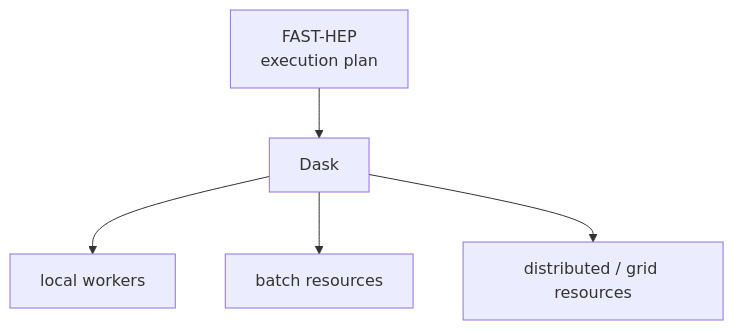
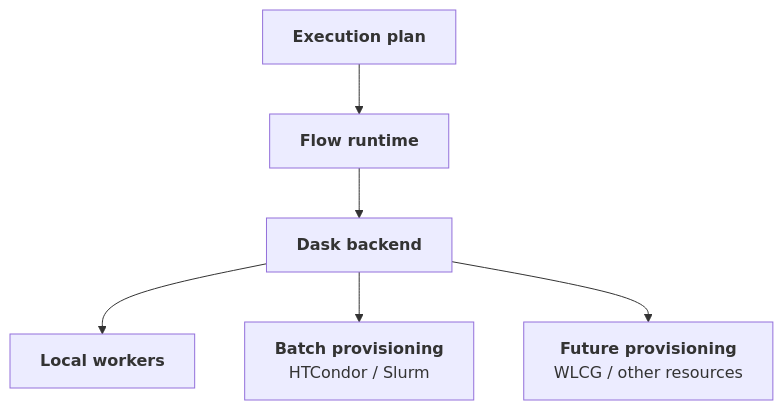
The second of 2 diagrams in content/concepts/execution-environments.md (FAST-HEP/fast-hep.github.io), drawn with Mermaid before and after one commit. The commit also changed other lines of this file and 6 other files, not shown here.

````diff
--- a/content/concepts/execution-environments.md
+++ b/content/concepts/execution-environments.md
@@ -49,13 +61,15 @@
 ```mermaid
 flowchart TD
-    Plan["FAST-HEP<br/>execution plan"]
-    Dask["Dask"]
-    Local["local workers"]
-    Batch["batch resources"]
-    Grid["distributed / grid resources"]
+    Plan["<b>Execution plan</b>"]:::plan
+    Runtime["<b>Flow runtime</b>"]:::runtime
+    Dask["<b>Dask backend</b>"]:::runtime
 
-    Plan --> Dask
+    Local["<b>Local workers</b>"]:::capability
+    Batch["<b>Batch provisioning</b><br/>HTCondor / Slurm"]:::capability
+    Future["<b>Future provisioning</b><br/>WLCG / other resources"]:::capability
+
+    Plan --> Runtime --> Dask
     Dask --> Local
     Dask --> Batch
-    Dask --> Grid
+    Dask --> Future
 ```
````
